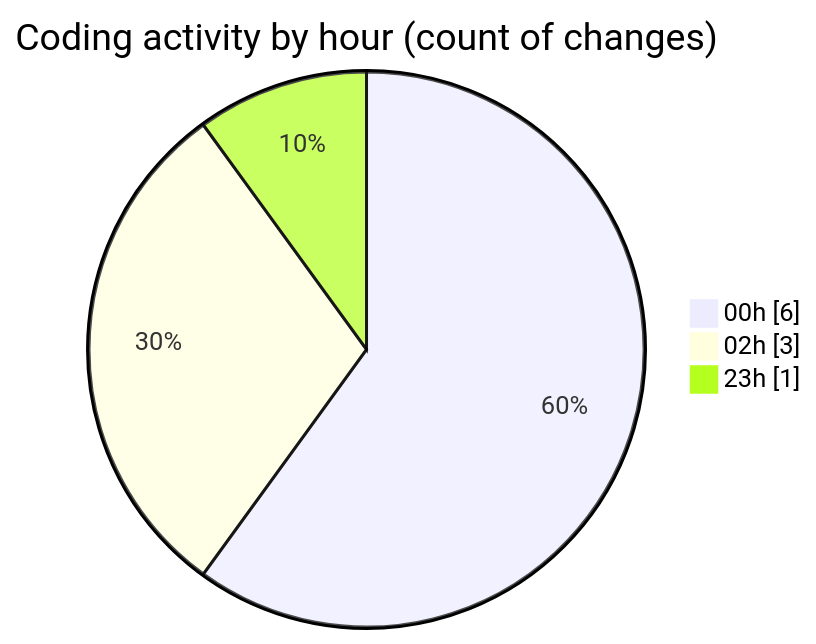
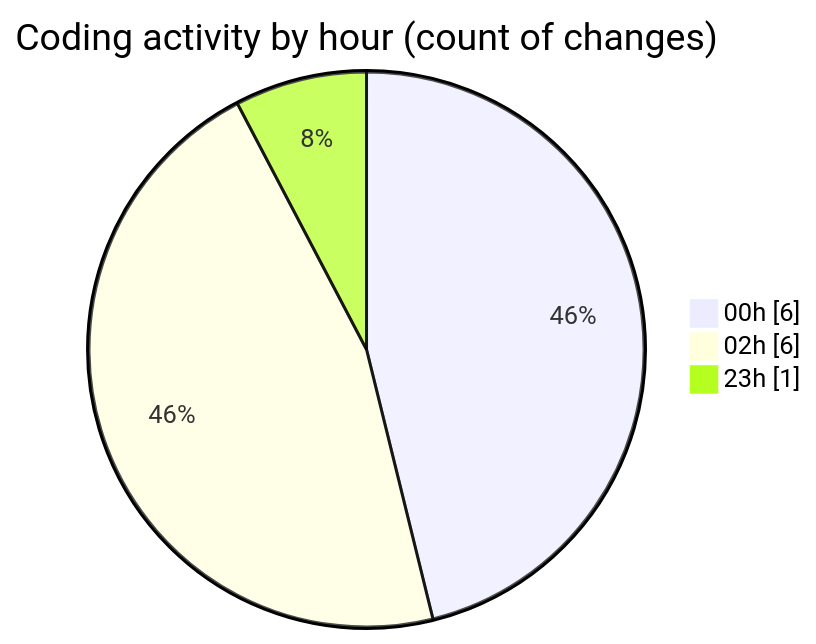
The second of 2 diagrams in 2025-02-08/portofolio/README.md (donsfak/code-tracking), drawn with Mermaid before and after one commit. The commit also changed other lines of this file and 1 other file, not shown here.

````diff
--- a/2025-02-08/portofolio/README.md
+++ b/2025-02-08/portofolio/README.md
@@ -28,7 +28,7 @@
 ```mermaid
 pie showData
 title Coding activity by hour (count of changes)
 "00h" : 6
-"02h" : 3
+"02h" : 6
 "23h" : 1
 ```
````
